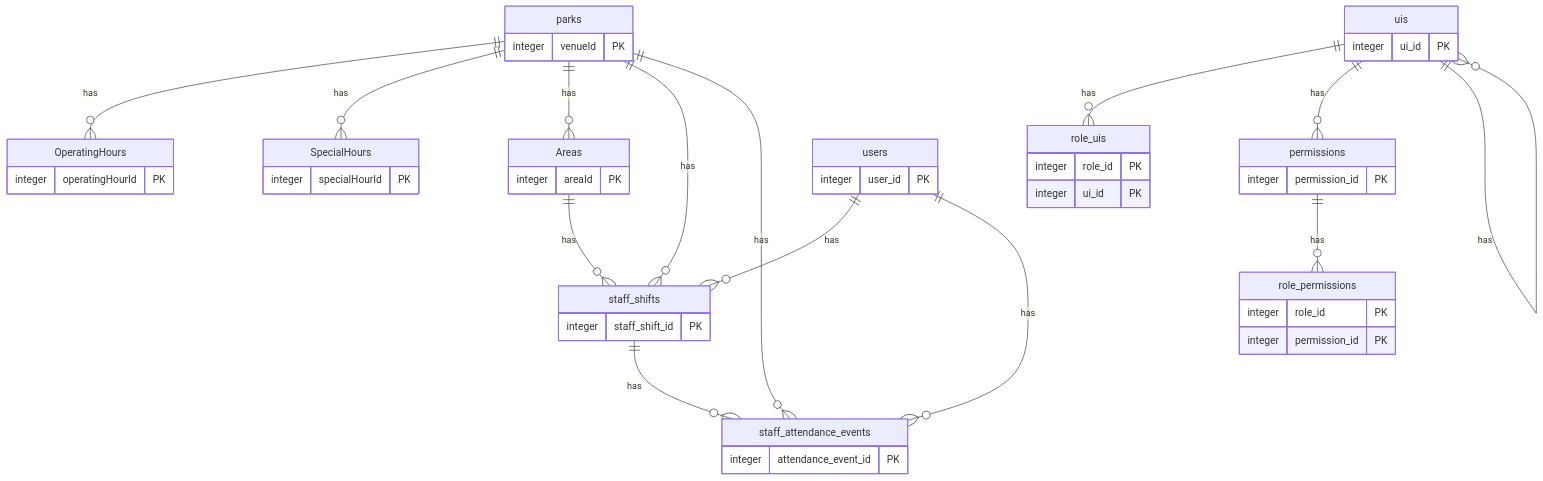
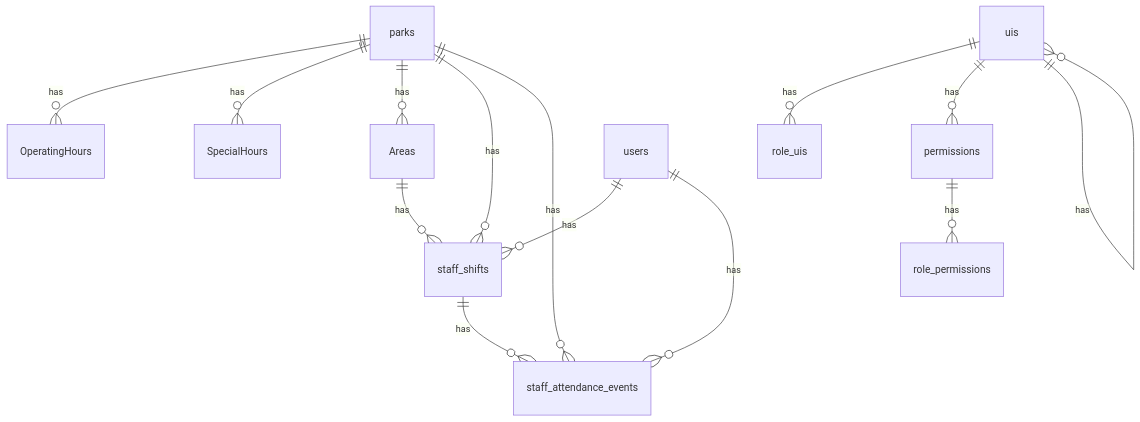
One commit to Saksham-Gupta-GH/ER-Diagram changed the first of 8 diagrams in Mermaid_Diagrams.md. Above: the diagram before and after it, drawn with Mermaid. The commit also changed other lines of this file, not shown here.

Commit message:
fix: remove columns from Mermaid diagrams to prevent GitHub timeout

````diff
--- a/Mermaid_Diagrams.md
+++ b/Mermaid_Diagrams.md
@@ -12,51 +12,16 @@
 ```mermaid
 erDiagram
   parks ||--o{ OperatingHours : "has"
   parks ||--o{ SpecialHours : "has"
   parks ||--o{ Areas : "has"
   uis ||--o{ role_uis : "has"
   uis ||--o{ permissions : "has"
   permissions ||--o{ role_permissions : "has"
   uis ||--o{ uis : "has"
   parks ||--o{ staff_shifts : "has"
   users ||--o{ staff_shifts : "has"
   Areas ||--o{ staff_shifts : "has"
   parks ||--o{ staff_attendance_events : "has"
   users ||--o{ staff_attendance_events : "has"
   staff_shifts ||--o{ staff_attendance_events : "has"
-  OperatingHours {
-    integer operatingHourId PK
-  }
-  parks {
-    integer venueId PK
-  }
-  SpecialHours {
-    integer specialHourId PK
-  }
-  Areas {
-    integer areaId PK
-  }
-  role_uis {
-    integer role_id PK
-    integer ui_id PK
-  }
-  uis {
-    integer ui_id PK
-  }
-  permissions {
-    integer permission_id PK
-  }
-  role_permissions {
-    integer role_id PK
-    integer permission_id PK
-  }
-  staff_shifts {
-    integer staff_shift_id PK
-  }
-  users {
-    integer user_id PK
-  }
-  staff_attendance_events {
-    integer attendance_event_id PK
-  }
 ```
````
